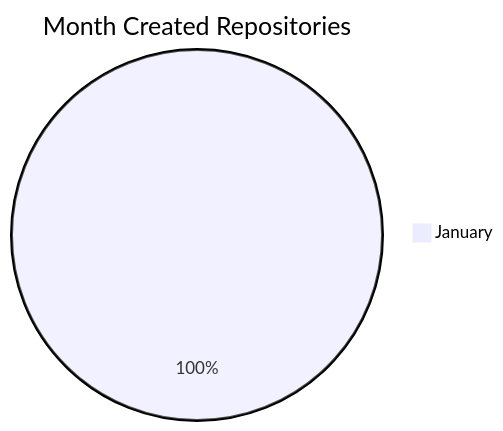
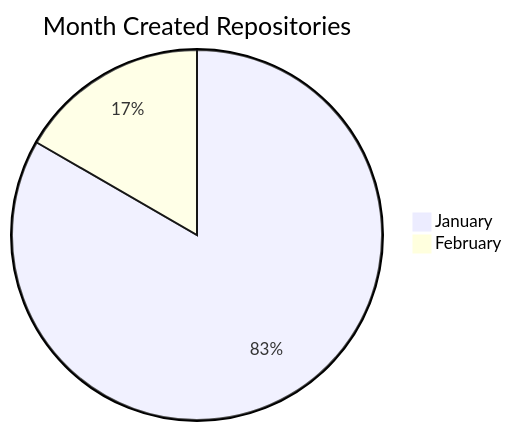
The second of 2 diagrams in README.md (BackdevHong/WOC), drawn with Mermaid before and after one commit. The commit also changed other lines of this file, not shown here.

````diff
--- a/README.md
+++ b/README.md
@@ -13,4 +15,5 @@
 ```mermaid
 pie title Month Created Repositories
 "January" : 5
+"February" : 1
 ```
````
